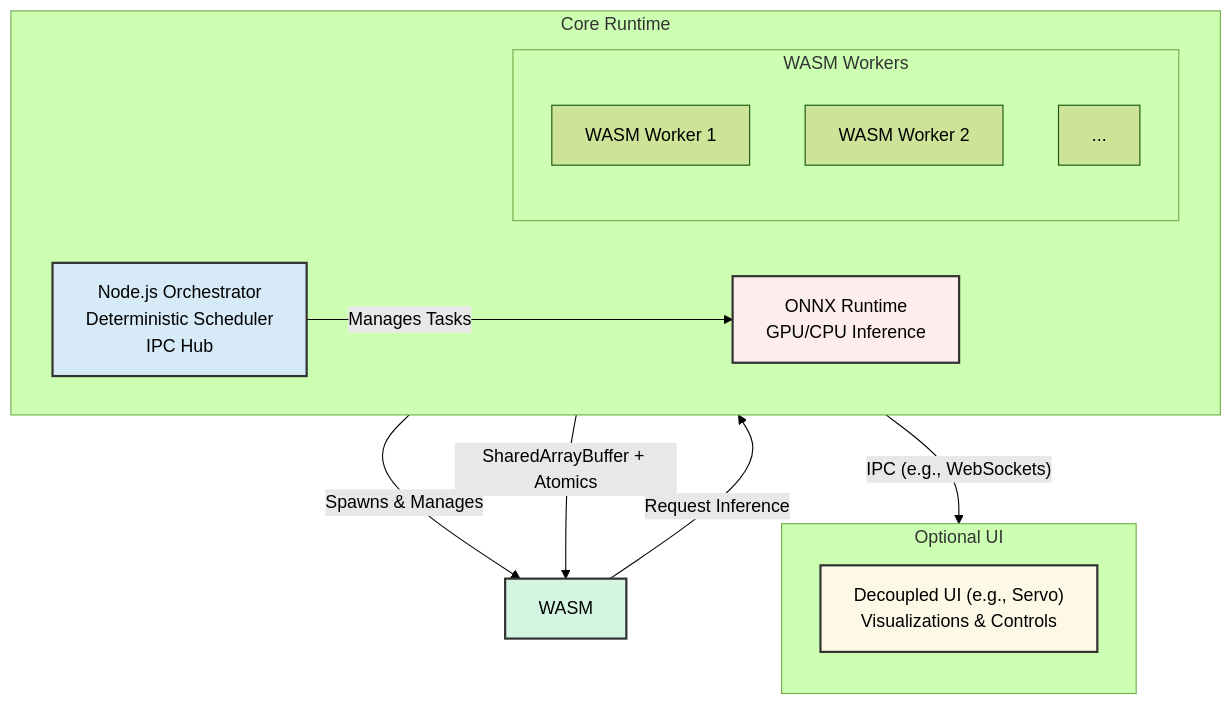
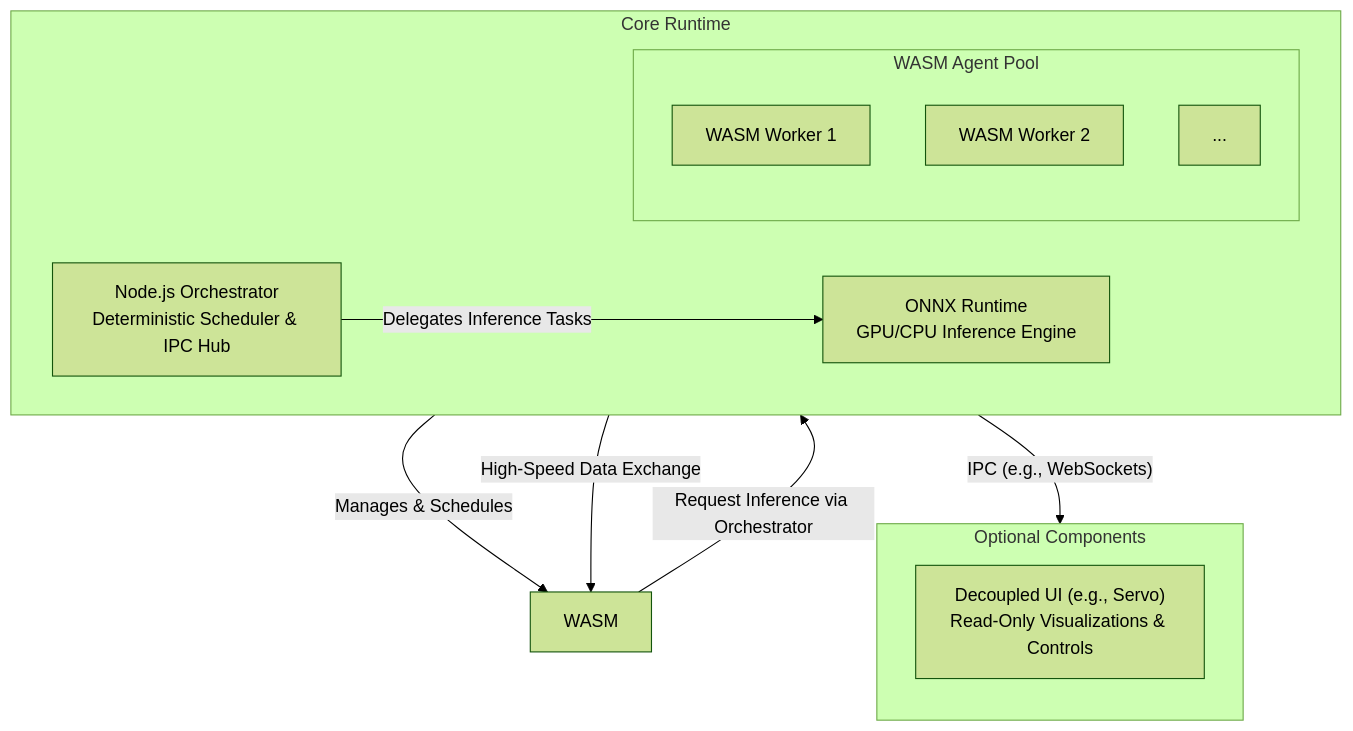
The diagram in docs/architecture/design/ADD-hybrid-runtime-architecture.md (Chen-Software/wasm-engine), drawn with Mermaid (forest theme) before and after one commit. The commit also changed other lines of this file and 1 other file, not shown here.

First line of the commit message:
Docs: Revise and reformat Architecture Design Document

````diff
--- a/docs/architecture/design/ADD-hybrid-runtime-architecture.md
+++ b/docs/architecture/design/ADD-hybrid-runtime-architecture.md
@@ -71,32 +30,25 @@
 ```mermaid
 graph TD
     subgraph Core Runtime
         direction LR
-        Orchestrator["Node.js Orchestrator<br>Deterministic Scheduler<br>IPC Hub"]
-        subgraph WASM Workers
+        Orchestrator["Node.js Orchestrator<br>Deterministic Scheduler & IPC Hub"]
+        subgraph WASM Agent Pool
             direction TB
             W1["WASM Worker 1"]
             W2["WASM Worker 2"]
-            W3["..."]
+            Wn["..."]
         end
-        ONNX["ONNX Runtime<br>GPU/CPU Inference"]
+        ONNX["ONNX Runtime<br>GPU/CPU Inference Engine"]
     end
 
-    subgraph Optional UI
+    subgraph Optional Components
         direction TB
-        UI["Decoupled UI (e.g., Servo)<br>Visualizations & Controls"]
+        UI["Decoupled UI (e.g., Servo)<br>Read-Only Visualizations & Controls"]
     end
 
-    %% Connections
-    Orchestrator -- "Spawns & Manages" --> WASM
-    Orchestrator -- "Manages Tasks" --> ONNX
-    Orchestrator -- "SharedArrayBuffer + Atomics" --> WASM
-    WASM -- "Request Inference" --> Orchestrator
+    Orchestrator -- "Manages & Schedules" --> WASM
+    Orchestrator -- "Delegates Inference Tasks" --> ONNX
+    Orchestrator -- "High-Speed Data Exchange" --> WASM
+    WASM -- "Request Inference via Orchestrator" --> Orchestrator
     Orchestrator -- "IPC (e.g., WebSockets)" --> UI
-
-    %% Styling
-    style Orchestrator fill:#D6EAF8,stroke:#333,stroke-width:2px
-    style WASM fill:#D5F5E3,stroke:#333,stroke-width:2px
-    style ONNX fill:#FDEDEC,stroke:#333,stroke-width:2px
-    style UI fill:#FEF9E7,stroke:#333,stroke-width:2px
 ```
````
